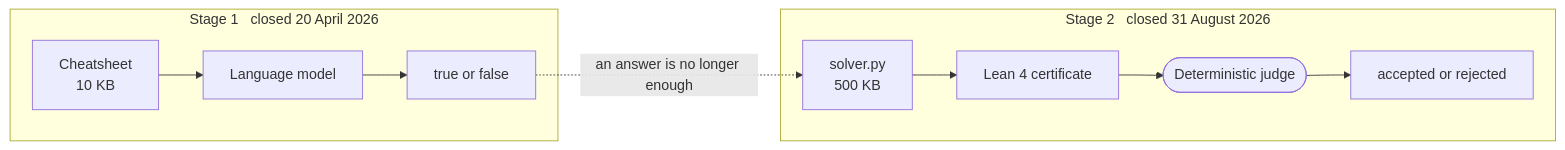
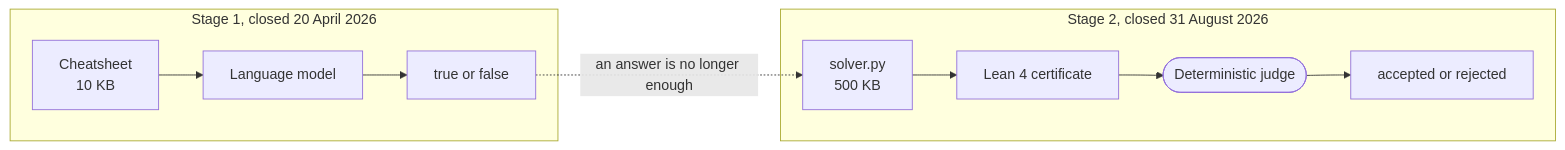
One commit to Amey-Thakur/MATHEMATICS-DISTILLATION-CHALLENGE changed the first of 2 diagrams in README.md. Above: the diagram before and after it, drawn with Mermaid.

````diff
--- a/README.md
+++ b/README.md
@@ -74,13 +74,13 @@
 ```mermaid
 flowchart LR
-    subgraph S1["Stage 1 &nbsp; closed 20 April 2026"]
+    subgraph S1["Stage 1, closed 20 April 2026"]
         A["Cheatsheet<br>10 KB"] --> B["Language model"]
         B --> C["true or false"]
     end
-    subgraph S2["Stage 2 &nbsp; closed 31 August 2026"]
+    subgraph S2["Stage 2, closed 31 August 2026"]
         D["solver.py<br>500 KB"] --> E["Lean 4 certificate"]
         E --> F(["Deterministic judge"])
         F --> G["accepted or rejected"]
     end
     C -.->|"an answer is no longer enough"| D
 ```
````
